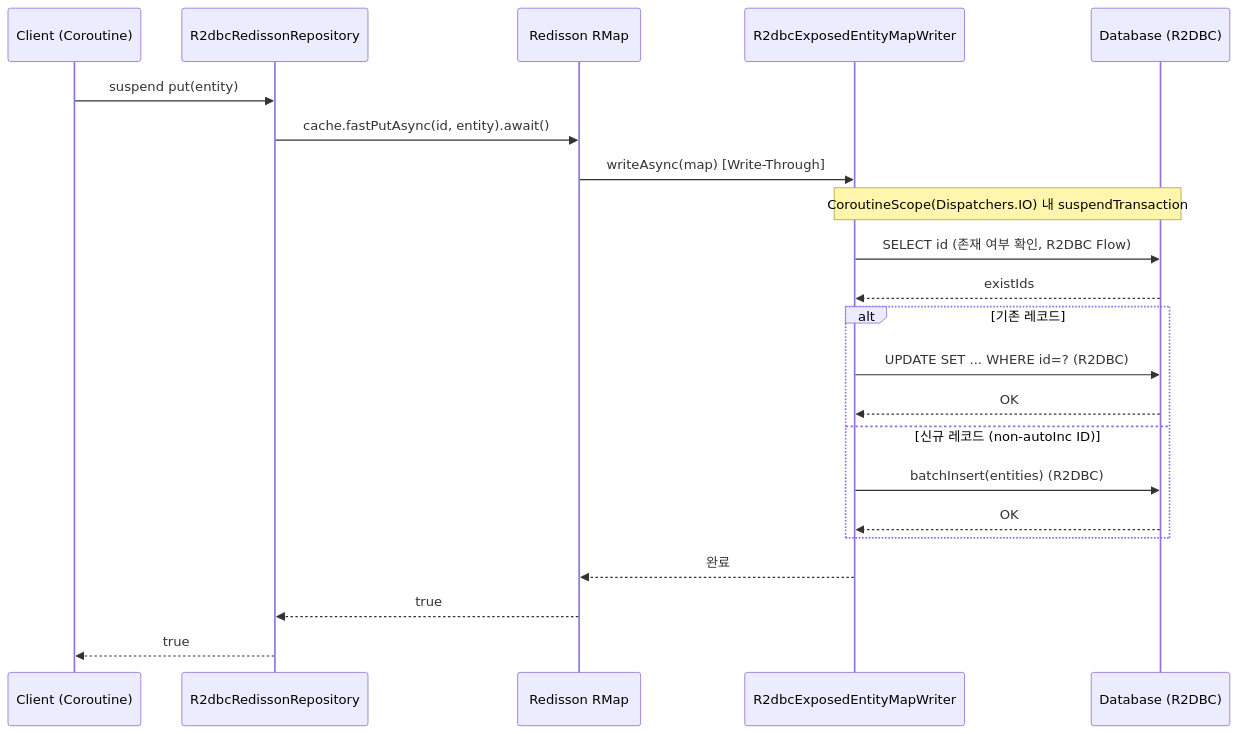
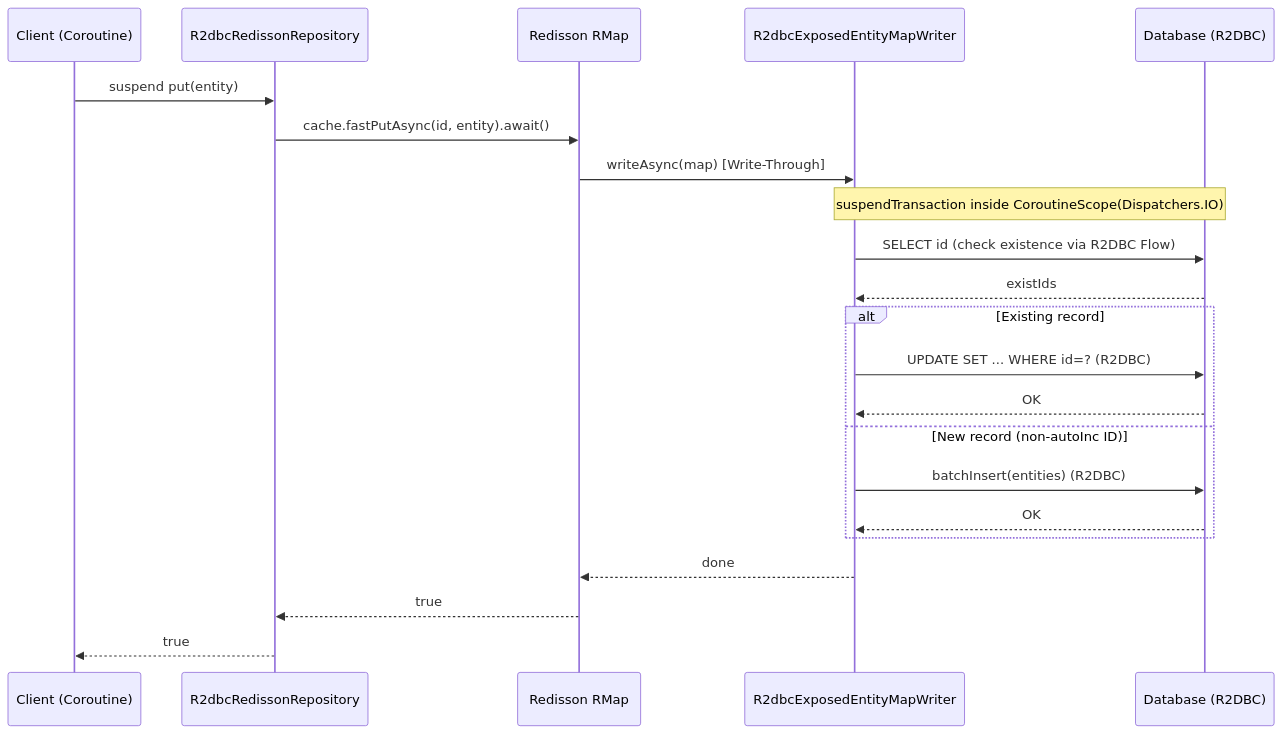
Before and after one commit to bluetape4k/bluetape4k-projects: the fourth of 5 diagrams in data/exposed-r2dbc-redisson/README.md, drawn with Mermaid. The commit also changed other lines of this file and 265 other files, not shown here.

````diff
--- a/data/exposed-r2dbc-redisson/README.md
+++ b/data/exposed-r2dbc-redisson/README.md
@@ -258,24 +258,24 @@
 ```mermaid
 sequenceDiagram
     participant Client as Client (Coroutine)
     participant Repo as R2dbcRedissonRepository
     participant RMap as Redisson RMap
     participant Writer as R2dbcExposedEntityMapWriter
     participant DB as Database (R2DBC)
     Client ->> Repo: suspend put(entity)
     Repo ->> RMap: cache.fastPutAsync(id, entity).await()
     RMap ->> Writer: writeAsync(map) [Write-Through]
-    Note over Writer, DB: CoroutineScope(Dispatchers.IO) 내 suspendTransaction
-    Writer ->> DB: SELECT id (존재 여부 확인, R2DBC Flow)
+    Note over Writer, DB: suspendTransaction inside CoroutineScope(Dispatchers.IO)
+    Writer ->> DB: SELECT id (check existence via R2DBC Flow)
     DB -->> Writer: existIds
-    alt 기존 레코드
+    alt Existing record
         Writer ->> DB: UPDATE SET ... WHERE id=? (R2DBC)
         DB -->> Writer: OK
-    else 신규 레코드 (non-autoInc ID)
+    else New record (non-autoInc ID)
         Writer ->> DB: batchInsert(entities) (R2DBC)
         DB -->> Writer: OK
     end
-    Writer -->> RMap: 완료
+    Writer -->> RMap: done
     RMap -->> Repo: true
     Repo -->> Client: true
 ```
````
